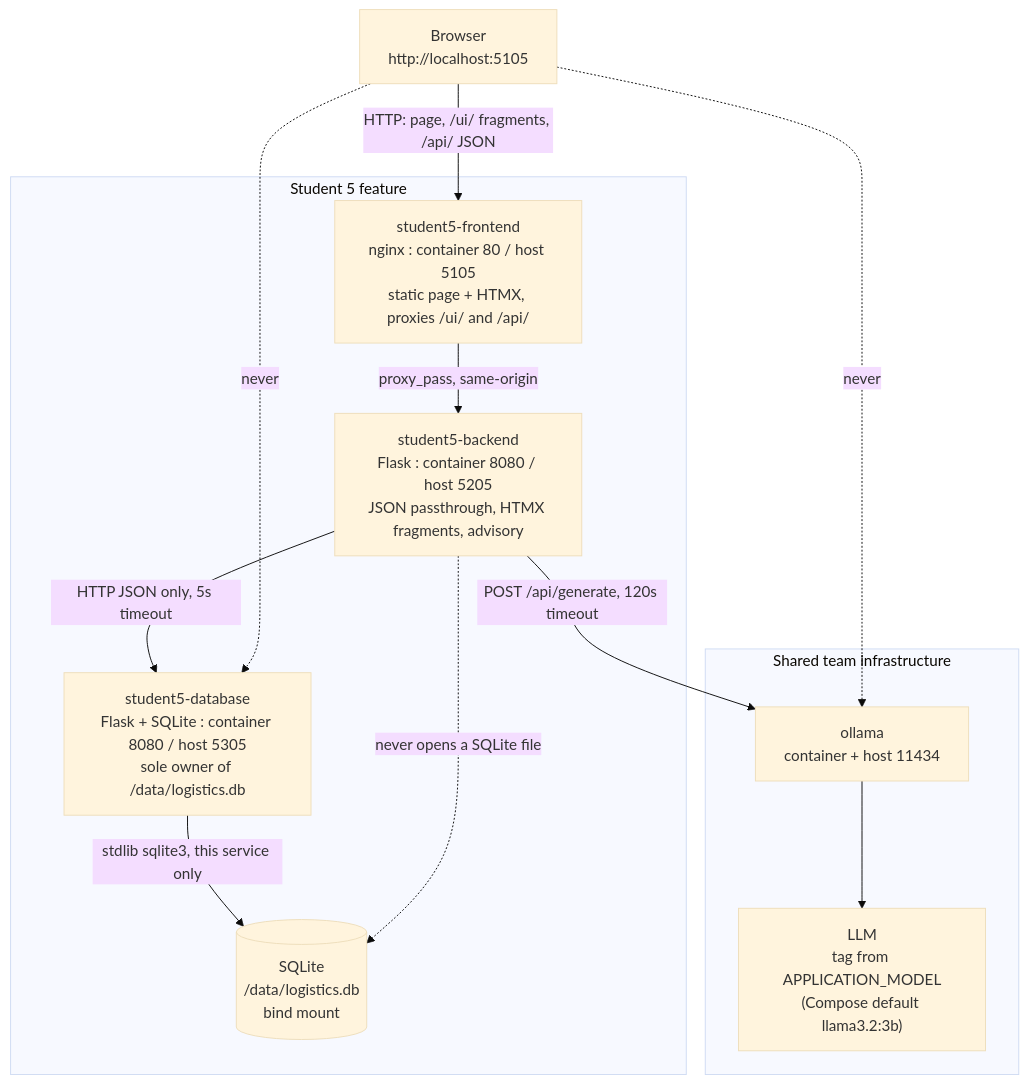
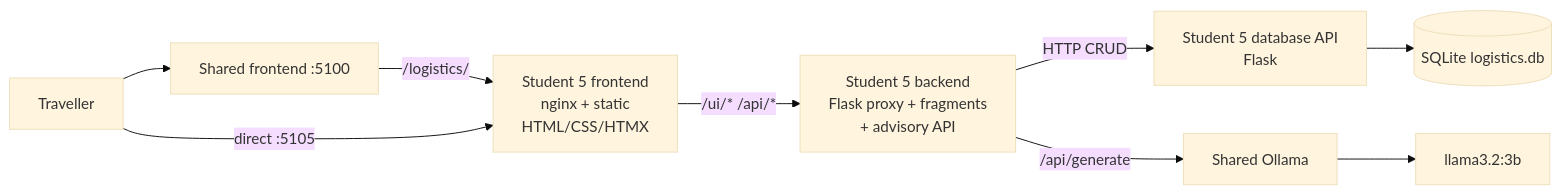
The first of 4 diagrams in student-5/docs/architecture.md (LucLeMoenic/Advanced-Software-Development-Project), drawn with Mermaid (base theme) before and after one commit. The commit also changed other lines of this file, not shown here.

Commit message:
AC/student-5-architecture-diagram (#58)

````diff
--- a/student-5/docs/architecture.md
+++ b/student-5/docs/architecture.md
@@ -8,27 +7,20 @@
 ```mermaid
-flowchart TD
-    browser["Browser<br/>http://localhost:5105"]
+flowchart LR
+    traveller["Traveller"]
+    shared["Shared frontend :5100"]
+    frontend["Student 5 frontend<br/>nginx + static<br/>HTML/CSS/HTMX"]
+    backend["Student 5 backend<br/>Flask proxy + fragments<br/>+ advisory API"]
+    database["Student 5 database API<br/>Flask"]
+    sqlite[("SQLite logistics.db")]
+    ollama["Shared Ollama"]
+    llm["llama3.2:3b"]
 
-    subgraph feature["Student 5 feature"]
-        frontend["student5-frontend<br/>nginx : container 80 / host 5105<br/>static page + HTMX, proxies /ui/ and /api/"]
-        backend["student5-backend<br/>Flask : container 8080 / host 5205<br/>JSON passthrough, HTMX fragments, advisory"]
-        database["student5-database<br/>Flask + SQLite : container 8080 / host 5305<br/>sole owner of /data/logistics.db"]
-        sqlite[("SQLite<br/>/data/logistics.db<br/>bind mount")]
-    end
-
-    subgraph shared["Shared team infrastructure"]
-        ollama["ollama<br/>container + host 11434"]
-        llm["LLM<br/>tag from APPLICATION_MODEL<br/>(Compose default llama3.2:3b)"]
-    end
-
-    browser -->|"HTTP: page, /ui/ fragments, /api/ JSON"| frontend
-    frontend -->|"proxy_pass, same-origin"| backend
-    backend -->|"HTTP JSON only, 5s timeout"| database
-    database -->|"stdlib sqlite3, this service only"| sqlite
-    backend -->|"POST /api/generate, 120s timeout"| ollama
+    traveller --> shared
+    shared -->|"/logistics/"| frontend
+    traveller -->|"direct :5105"| frontend
+    frontend -->|"/ui/*  /api/*"| backend
+    backend -->|"HTTP CRUD"| database
+    database --> sqlite
+    backend -->|"/api/generate"| ollama
     ollama --> llm
-
-    browser -.->|"never"| database
-    browser -.->|"never"| ollama
-    backend -.->|"never opens a SQLite file"| sqlite
 ```
````
